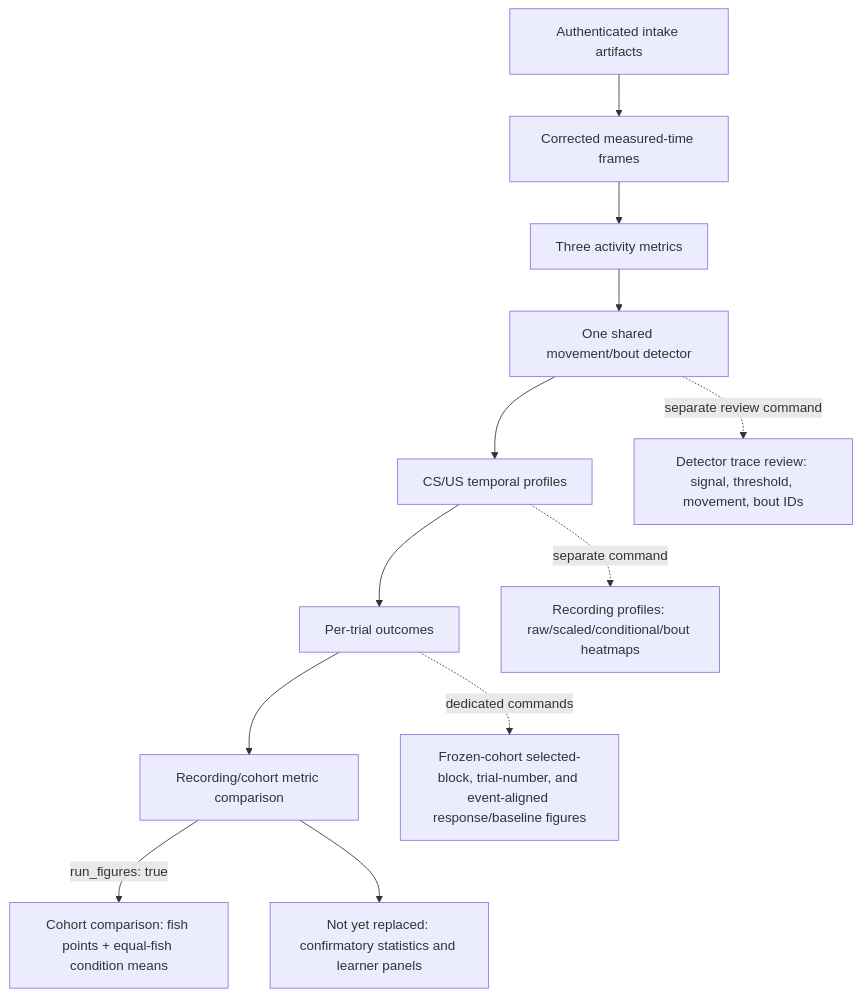
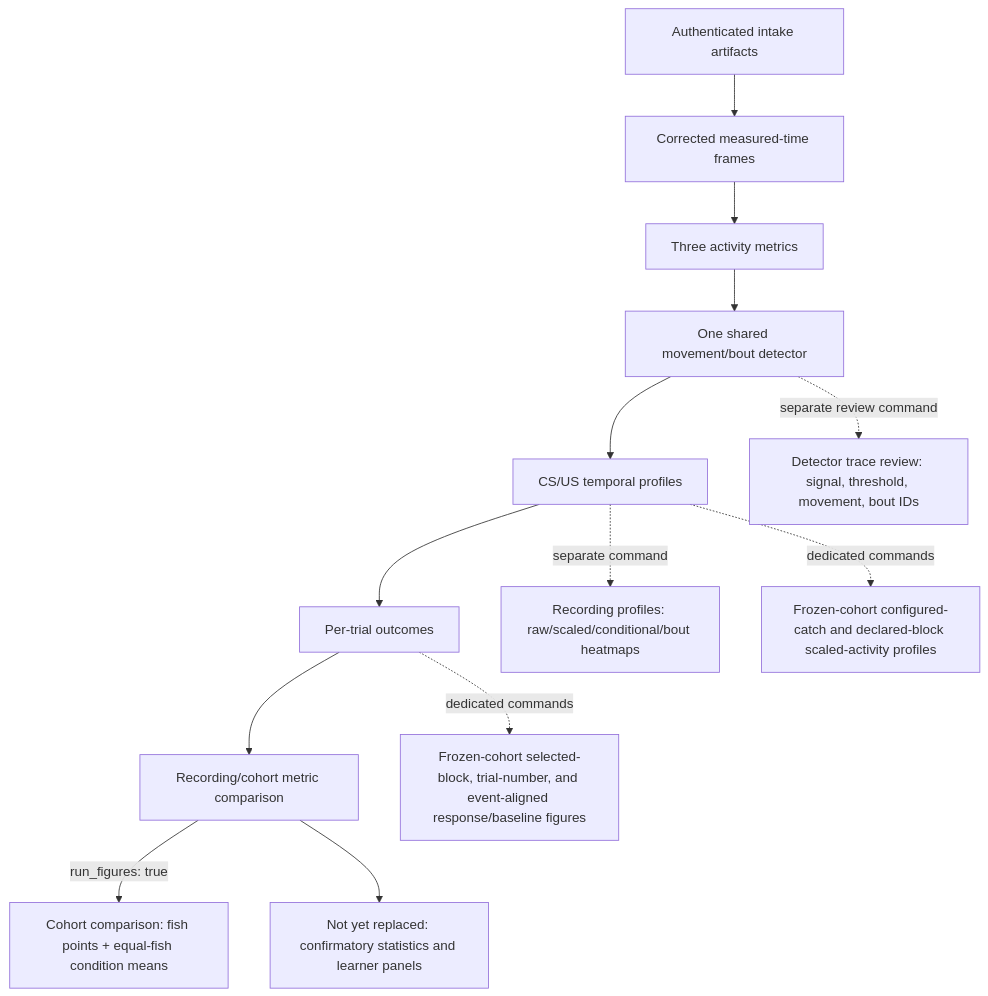
The second of 2 diagrams in docs/analysis/figures/FIGURE_PIPELINES.md (jasmc/ClassicalConditioning), drawn with Mermaid before and after one commit. The commit also changed other lines of this file and 8 other files, not shown here.

````diff
--- a/docs/analysis/figures/FIGURE_PIPELINES.md
+++ b/docs/analysis/figures/FIGURE_PIPELINES.md
@@ -44,14 +44,15 @@
 ```mermaid
 flowchart TD
     A["Authenticated intake artifacts"] --> N1["Corrected measured-time frames"]
     N1 --> N2["Three activity metrics"]
     N2 --> N3["One shared movement/bout detector"]
     N3 --> N4["CS/US temporal profiles"]
     N4 --> N5["Per-trial outcomes"]
     N5 --> N6["Recording/cohort metric comparison"]
     N6 -->|run_figures: true| N7["Cohort comparison: fish points + equal-fish condition means"]
     N4 -. separate command .-> N8["Recording profiles: raw/scaled/conditional/bout heatmaps"]
     N3 -. separate review command .-> N9["Detector trace review: signal, threshold, movement, bout IDs"]
     N6 --> N10["Not yet replaced: confirmatory statistics and learner panels"]
     N5 -. dedicated commands .-> N11["Frozen-cohort selected-block, trial-number, and event-aligned response/baseline figures"]
+    N4 -. dedicated commands .-> N12["Frozen-cohort configured-catch and declared-block scaled-activity profiles"]
 ```
````
